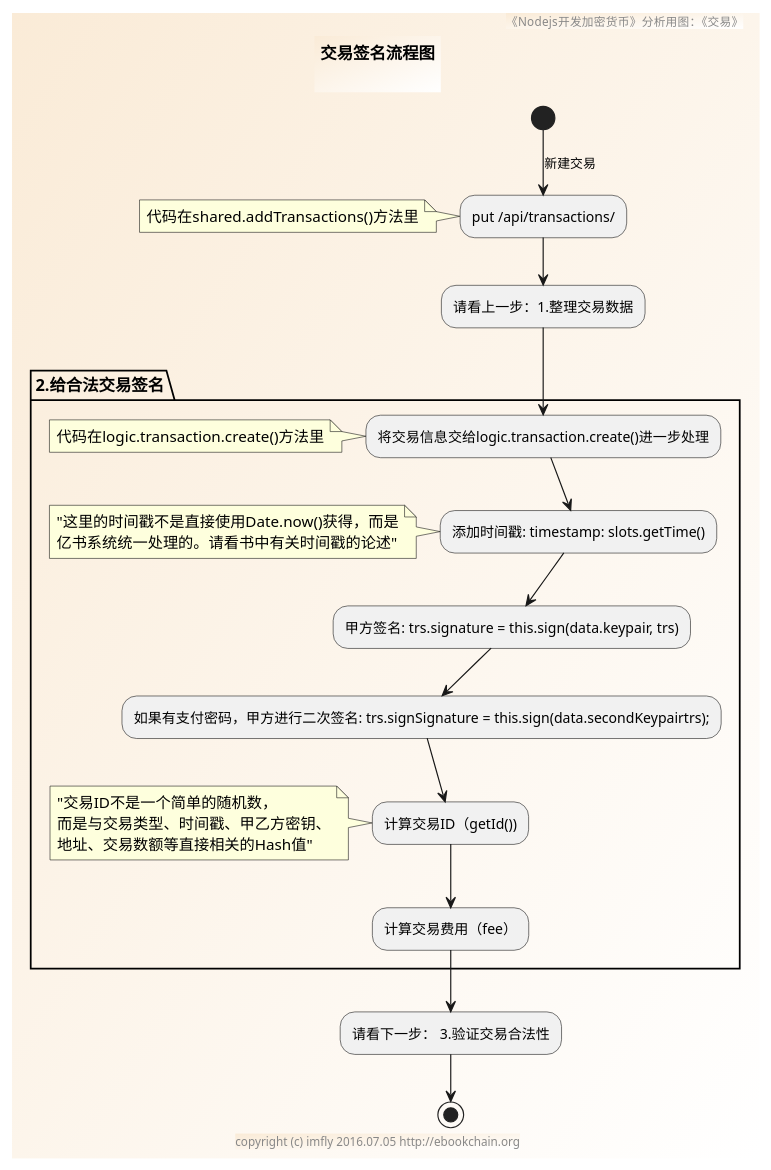
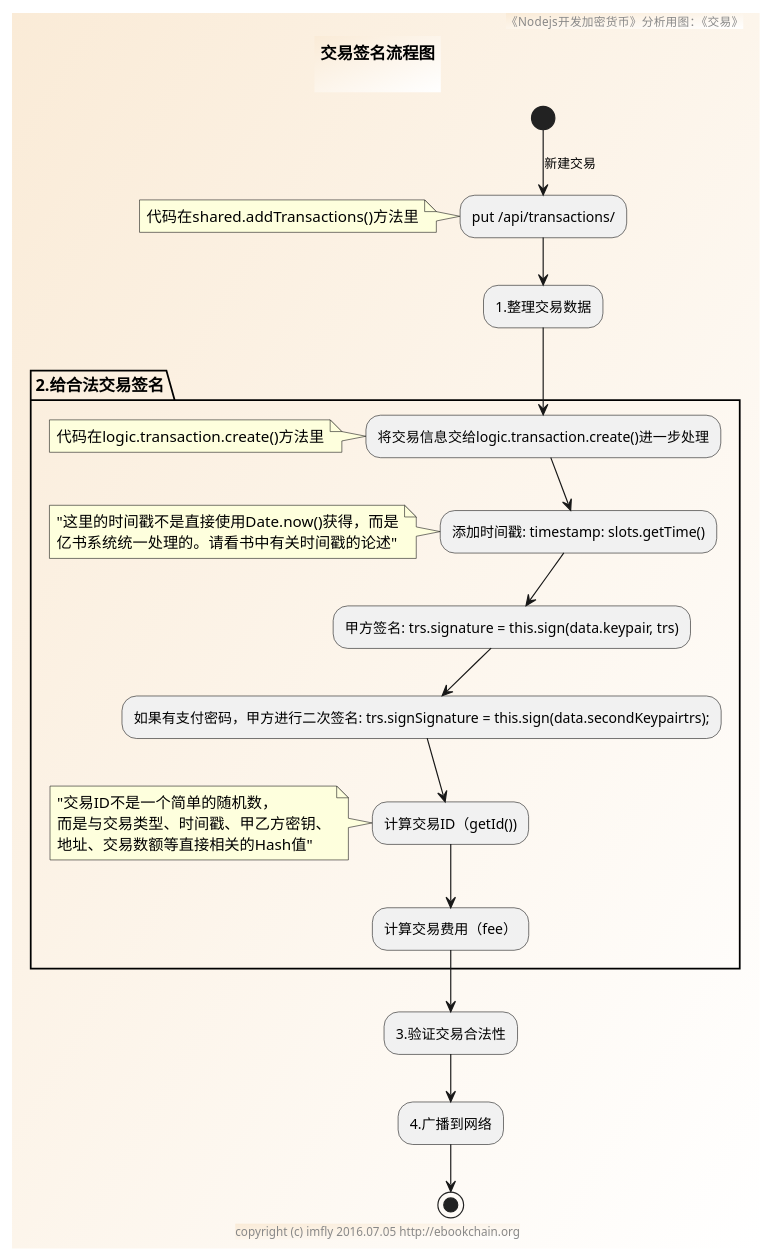
Before and after one commit to brightmanforever022/bitcoin-on-nodejs: the diagram in sources/modules/transactions/signTransaction.pu, drawn with PlantUML. The commit also changed 8 other files, not shown here.

Commit message:
修改流程图

```diff
--- a/sources/modules/transactions/signTransaction.pu
+++ b/sources/modules/transactions/signTransaction.pu
@@ -1,45 +1,46 @@
 @startuml ../../../styles/images/modules/transactions/signTransaction-activity.png
 skinparam BorderColor #blue\9932CC
 skinparam backgroundcolor AntiqueWhite/white
 
 title
 交易签名流程图
 
 end title
 
 footer copyright (c) imfly 2016.07.05 http://ebookchain.org
 header 《Nodejs开发加密货币》分析用图：《交易》
 
 ' shared.addTransactions()代码逻辑
 
 (*)--> [新建交易] "put /api/transactions/" as inputForm
 note left: 代码在shared.addTransactions()方法里
 
---> "请看上一步：1.整理交易数据"
+--> "1.整理交易数据"
 
 ' logic.transaction.create()处理逻辑
 partition "2.给合法交易签名" {
   --> "将交易信息交给logic.transaction.create()进一步处理"
   note left: 代码在logic.transaction.create()方法里
 
   --> "添加时间戳: timestamp: slots.getTime()"
   note left
   "这里的时间戳不是直接使用Date.now()获得，而是
   亿书系统统一处理的。请看书中有关时间戳的论述"
   end note
 
   --> "甲方签名: trs.signature = this.sign(data.keypair, trs)"
   --> "如果有支付密码，甲方进行二次签名: trs.signSignature = this.sign(data.secondKeypairtrs);"
   --> "计算交易ID（getId())"
   note left
   "交易ID不是一个简单的随机数，
   而是与交易类型、时间戳、甲乙方密钥、
   地址、交易数额等直接相关的Hash值"
   end note
   --> "计算交易费用（fee）"
 }
 
---> "请看下一步： 3.验证交易合法性"
+--> "3.验证交易合法性"
+--> "4.广播到网络"
 
 --> (*)
 @enduml
```
